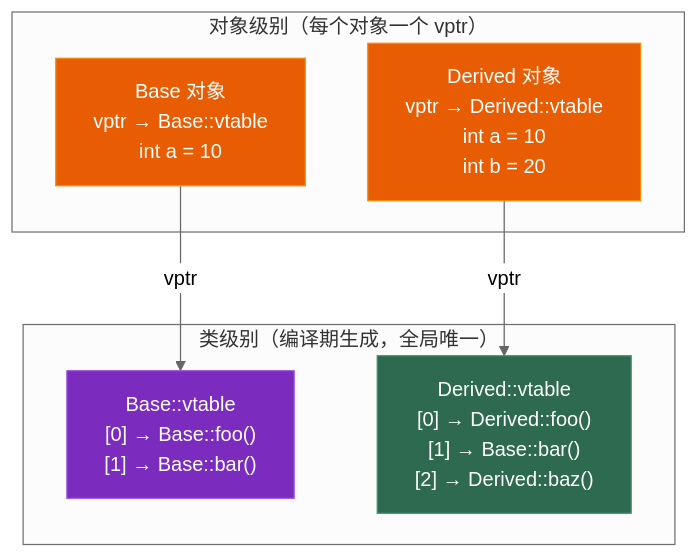
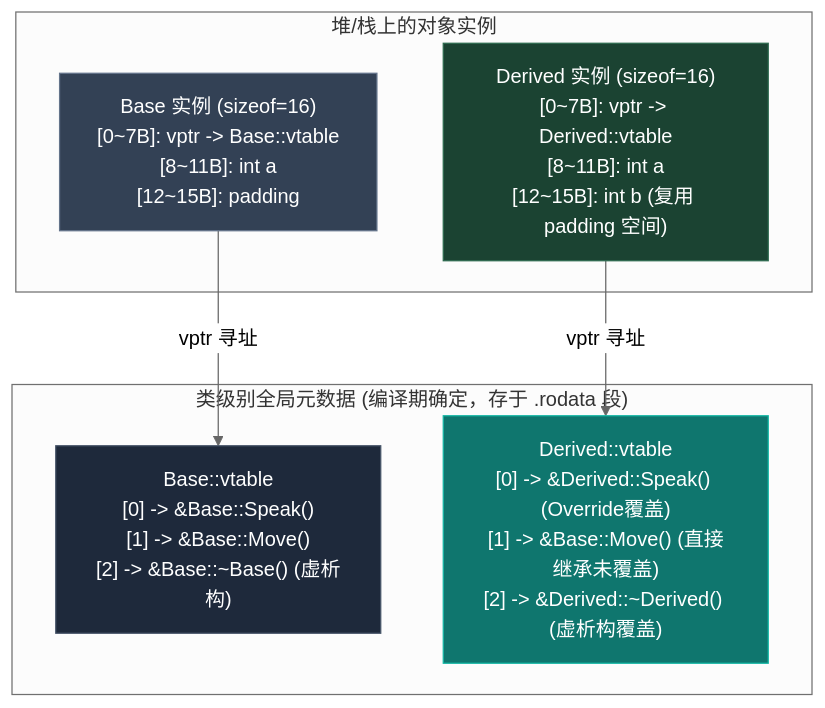
One commit to Lumivers/firefly changed the first of 2 diagrams in src/content/posts/cpp_deep_dive/03_oop_and_polymorphism.md. Above: the diagram before and after it, drawn with Mermaid (neutral theme). The commit also changed other lines of this file and 18 other files, not shown here.

````diff
--- a/src/content/posts/cpp_deep_dive/03_oop_and_polymorphism.md
+++ b/src/content/posts/cpp_deep_dive/03_oop_and_polymorphism.md
@@ -71,20 +53,20 @@
 ```mermaid
 graph TD
-    subgraph "类级别（编译期生成，全局唯一）"
-        vtable_base["Base::vtable\n[0] → Base::foo()\n[1] → Base::bar()"]
-        vtable_derived["Derived::vtable\n[0] → Derived::foo()\n[1] → Base::bar()\n[2] → Derived::baz()"]
+    subgraph "类级别全局元数据 (编译期确定，存于 .rodata 段)"
+        V_Base["Base::vtable\n[0] -> &Base::Speak()\n[1] -> &Base::Move()\n[2] -> &Base::~Base() (虚析构)"]
+        V_Derived["Derived::vtable\n[0] -> &Derived::Speak() (Override覆盖)\n[1] -> &Base::Move() (直接继承未覆盖)\n[2] -> &Derived::~Derived() (虚析构覆盖)"]
     end
 
-    subgraph "对象级别（每个对象一个 vptr）"
-        obj_b["Base 对象\nvptr → Base::vtable\nint a = 10"]
-        obj_d["Derived 对象\nvptr → Derived::vtable\nint a = 10\nint b = 20"]
+    subgraph "堆/栈上的对象实例"
+        ObjA["Base 实例 (sizeof=16)\n[0~7B]: vptr -> Base::vtable\n[8~11B]: int a\n[12~15B]: padding"]
+        ObjB["Derived 实例 (sizeof=16)\n[0~7B]: vptr -> Derived::vtable\n[8~11B]: int a\n[12~15B]: int b (复用 padding 空间)"]
     end
 
-    obj_b -->|"vptr"| vtable_base
-    obj_d -->|"vptr"| vtable_derived
+    ObjA -->|"vptr 寻址"| V_Base
+    ObjB -->|"vptr 寻址"| V_Derived
 
-    style vtable_base fill:#7b2cbf,stroke:#9d4edd,color:white
-    style vtable_derived fill:#2d6a4f,stroke:#40916c,color:white
-    style obj_b fill:#e85d04,stroke:#f48c06,color:white
-    style obj_d fill:#e85d04,stroke:#f48c06,color:white
+    style V_Base fill:#1e293b,stroke:#475569,color:white
+    style V_Derived fill:#0f766e,stroke:#14b8a6,color:white
+    style ObjA fill:#334155,stroke:#64748b,color:white
+    style ObjB fill:#1b4332,stroke:#2d6a4f,color:white
 ```
````
